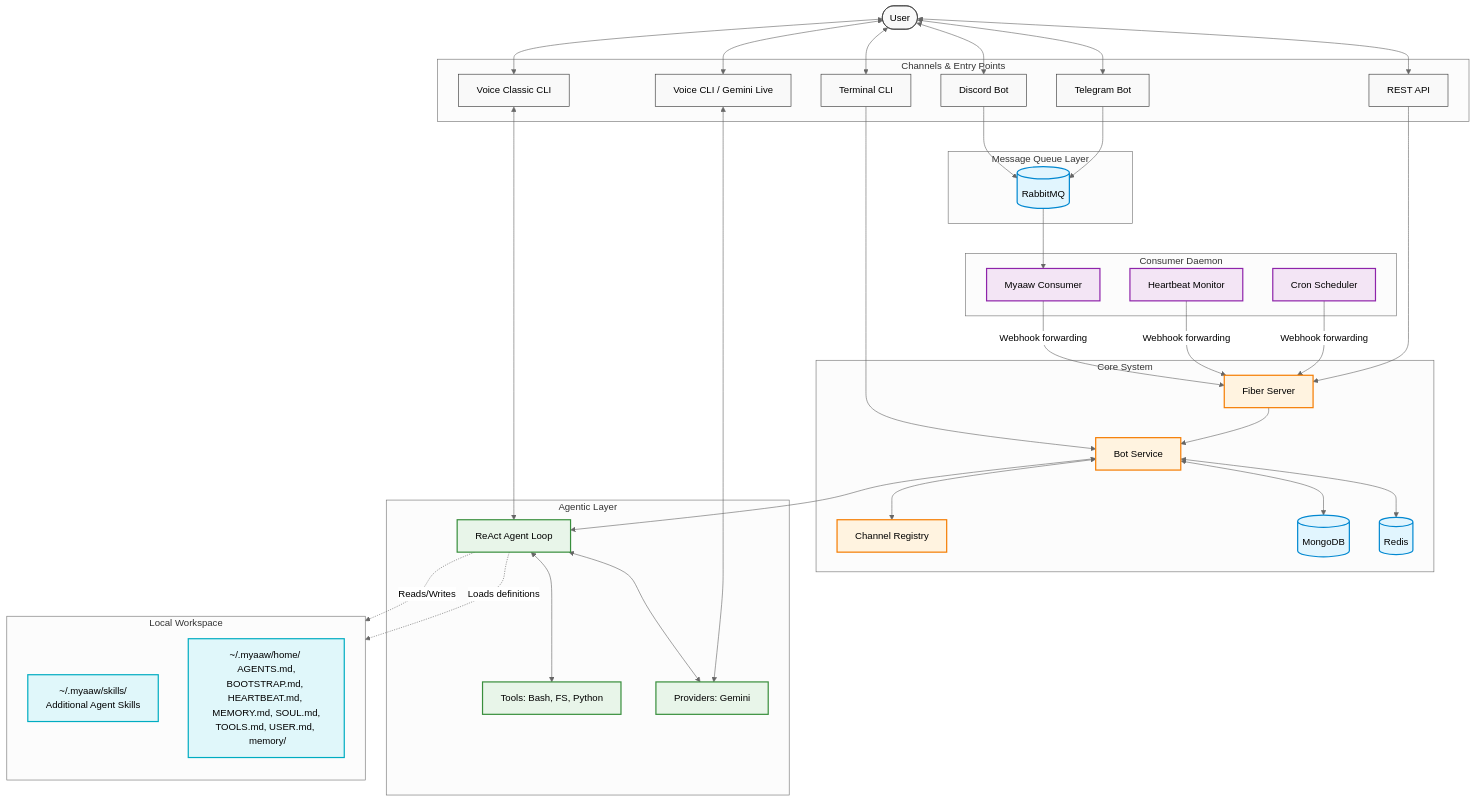
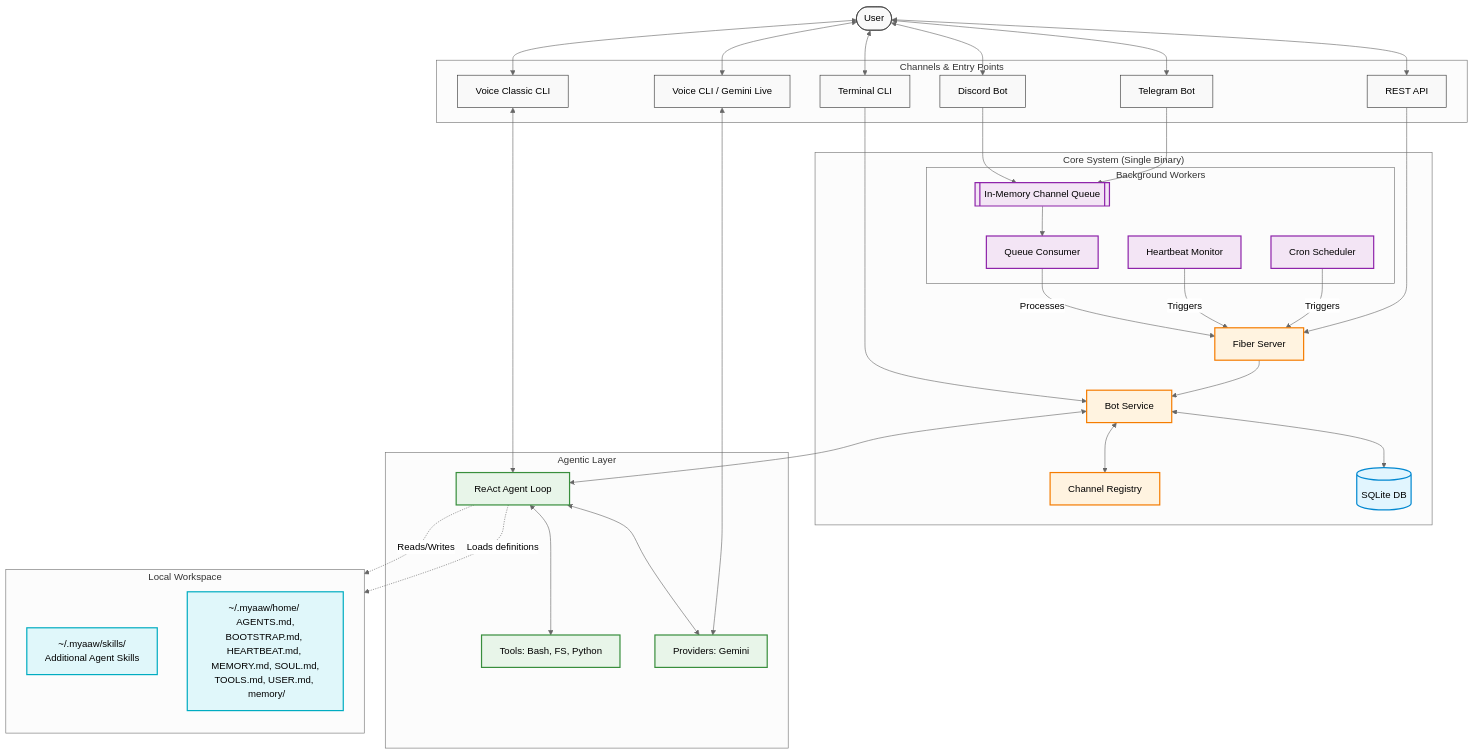
One commit to Shiyinq/myaaw changed the diagram in README.md. Above: the diagram before and after it, drawn with Mermaid (neutral theme). The commit also changed other lines of this file, not shown here.

````diff
--- a/README.md
+++ b/README.md
@@ -79,44 +80,36 @@
     User <--> CLI_Classic
     User <--> API
 
-    %% Async processing
-    subgraph "Message Queue Layer"
-        MQ[(RabbitMQ)]
-    end
-
-    TG --> MQ
-    DC --> MQ
-
-    %% Core Services
-    subgraph "Core System"
+    %% Core Services (Single Binary)
+    subgraph "Core System (Single Binary)"
         Router[Fiber Server]
         BotSvc[Bot Service]
         ChReg[Channel Registry]
-        DB[(MongoDB)]
-        Cache[(Redis)]
+        DB[(SQLite DB)]
+        
+        %% Async processing inside Server
+        subgraph "Background Workers"
+            MQ[[In-Memory Channel Queue]]
+            Consumer[Queue Consumer]
+            Cron[Cron Scheduler]
+            Heartbeat[Heartbeat Monitor]
+        end
     end
 
     API --> Router
-
-    %% Consumer & Background Tasks
-    subgraph "Consumer Daemon"
-        Consumer[Myaaw Consumer]
-        Cron[Cron Scheduler]
-        Heartbeat[Heartbeat Monitor]
-    end
-
+    TG --> MQ
+    DC --> MQ
+    
+    Cron -- "Triggers" --> Router
+    Heartbeat -- "Triggers" --> Router
     MQ --> Consumer
-    
-    Cron -- "Webhook forwarding" --> Router
-    Heartbeat -- "Webhook forwarding" --> Router
-    Consumer -- "Webhook forwarding" --> Router
+    Consumer -- "Processes" --> Router
 
     Router --> BotSvc
     CLI_Term --> BotSvc
 
     BotSvc <--> ChReg
     BotSvc <--> DB
-    BotSvc <--> Cache
 
     %% Agentic Layer
     subgraph "Agentic Layer"
@@ -149,9 +142,9 @@
     classDef auto fill:#f3e5f5,stroke:#8e24aa,stroke-width:2px,color:#000;
     classDef wksp fill:#e0f7fa,stroke:#00acc1,stroke-width:2px,color:#000;
     
-    class MQ,DB,Cache storage;
+    class DB storage;
     class BotSvc,Router,ChReg core;
     class Agent,Tools,Prov agent;
-    class Consumer,Cron,Heartbeat auto;
+    class Consumer,Cron,Heartbeat,MQ auto;
     class Skills,Home wksp;
 ```
````
